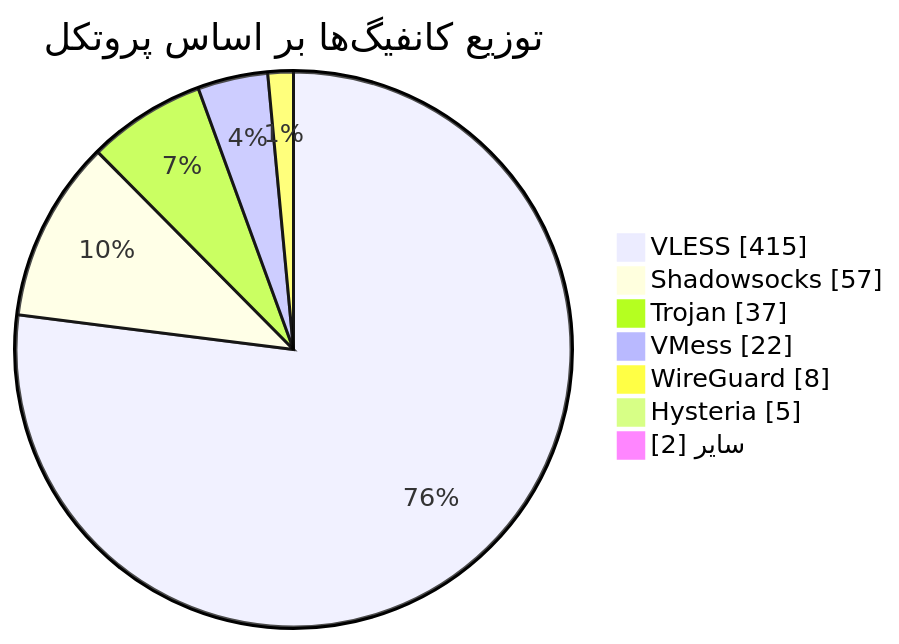
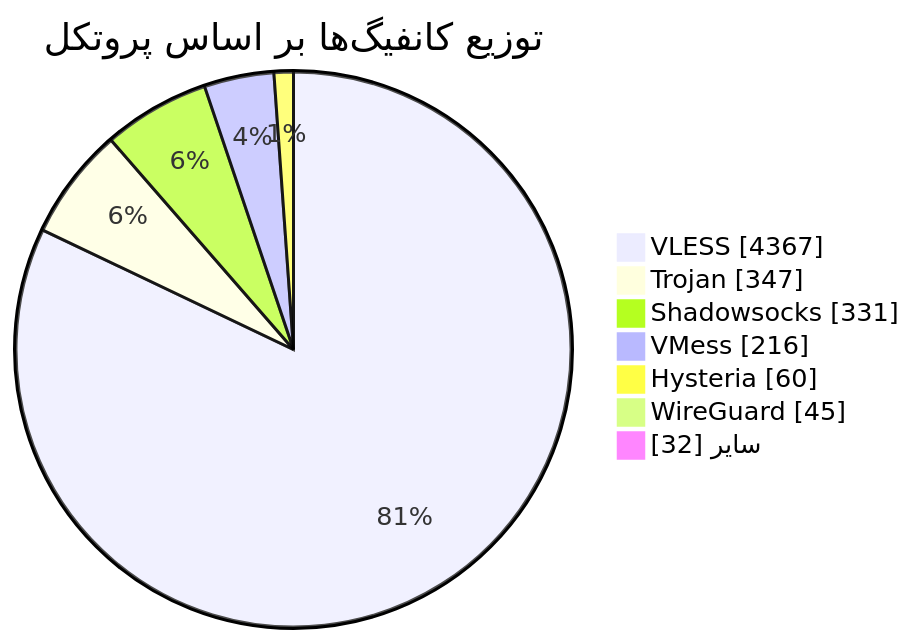
The diagram in README.md (Arian-Alijani/Somthing), drawn with Mermaid before and after one commit. The commit also changed other lines of this file and 161 other files, not shown here.

````diff
--- a/README.md
+++ b/README.md
@@ -49,11 +49,11 @@
 ```mermaid
 pie showData
     title توزیع کانفیگ‌ها بر اساس پروتکل
-    "VLESS" : 415
-    "Shadowsocks" : 57
-    "Trojan" : 37
-    "VMess" : 22
-    "WireGuard" : 8
-    "Hysteria" : 5
-    "سایر" : 2
+    "VLESS" : 4367
+    "Trojan" : 347
+    "Shadowsocks" : 331
+    "VMess" : 216
+    "Hysteria" : 60
+    "WireGuard" : 45
+    "سایر" : 32
 ```
````
